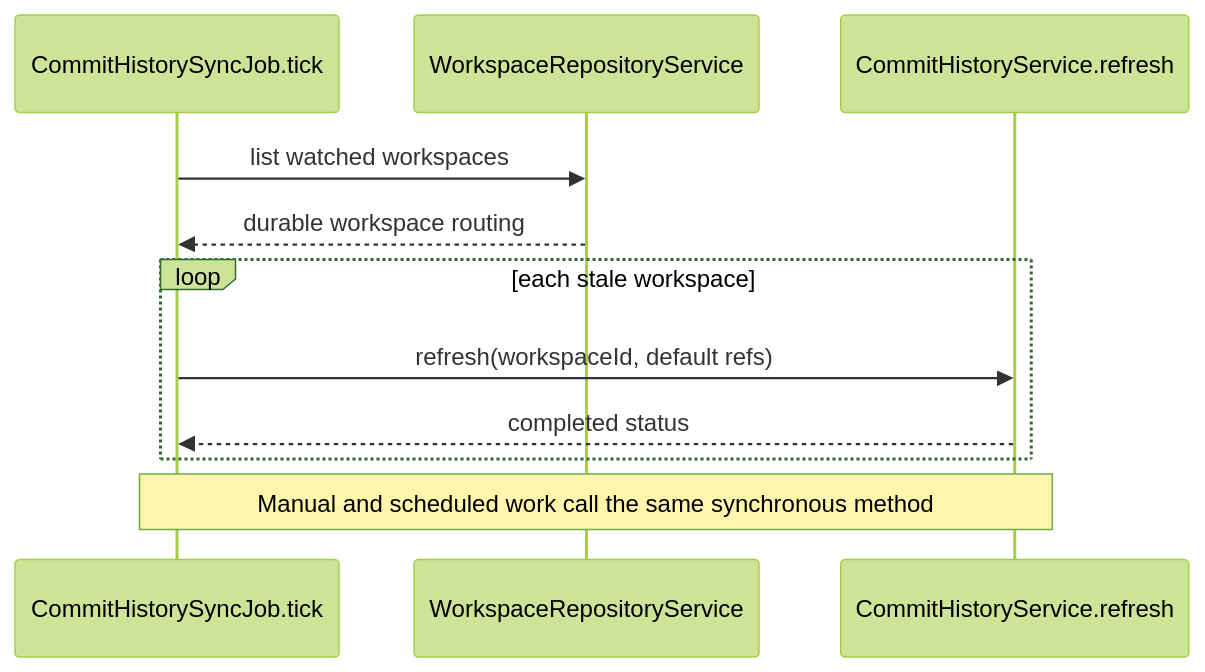
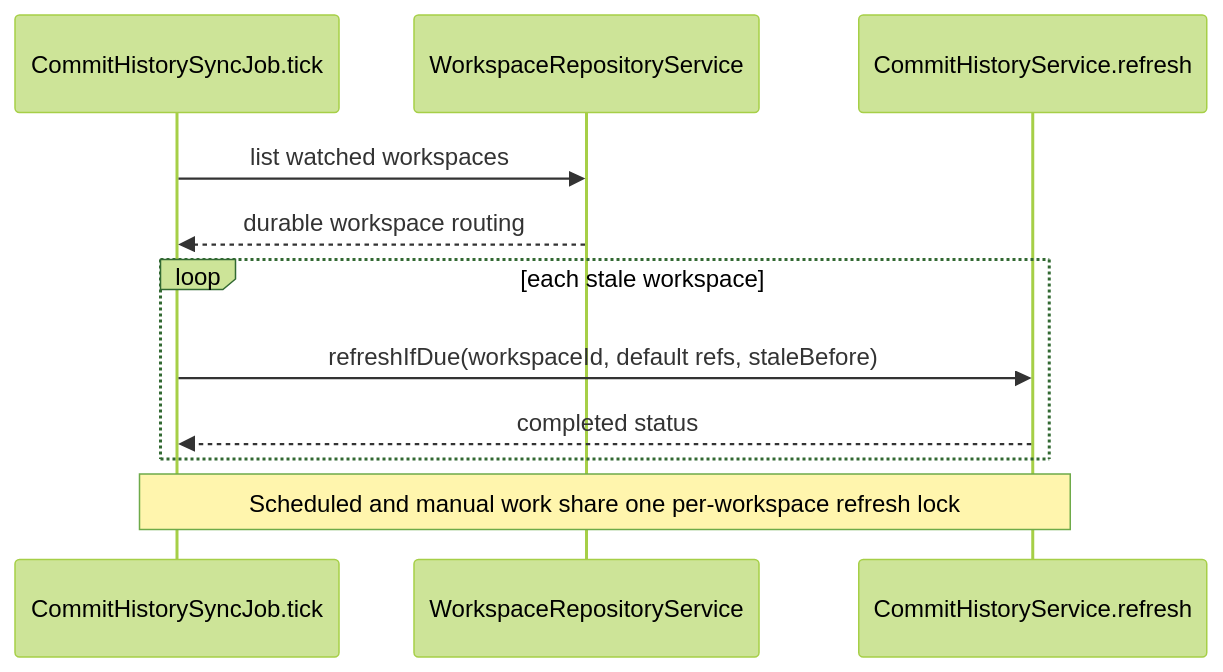
Before and after one commit to bytequay/bytequay: the third of 3 diagrams in docs/design/commits.md, drawn with Mermaid (forest theme). The commit also changed other lines of this file and 32 other files, not shown here.

````diff
--- a/docs/design/commits.md
+++ b/docs/design/commits.md
@@ -433,14 +461,14 @@
 ```mermaid
 sequenceDiagram
     participant Job as CommitHistorySyncJob.tick
     participant Workspaces as WorkspaceRepositoryService
     participant Service as CommitHistoryService.refresh
 
     Job->>Workspaces: list watched workspaces
     Workspaces-->>Job: durable workspace routing
     loop each stale workspace
-        Job->>Service: refresh(workspaceId, default refs)
+        Job->>Service: refreshIfDue(workspaceId, default refs, staleBefore)
         Service-->>Job: completed status
     end
-    Note over Job,Service: Manual and scheduled work call the same synchronous method
+    Note over Job,Service: Scheduled and manual work share one per-workspace refresh lock
 ```
````
